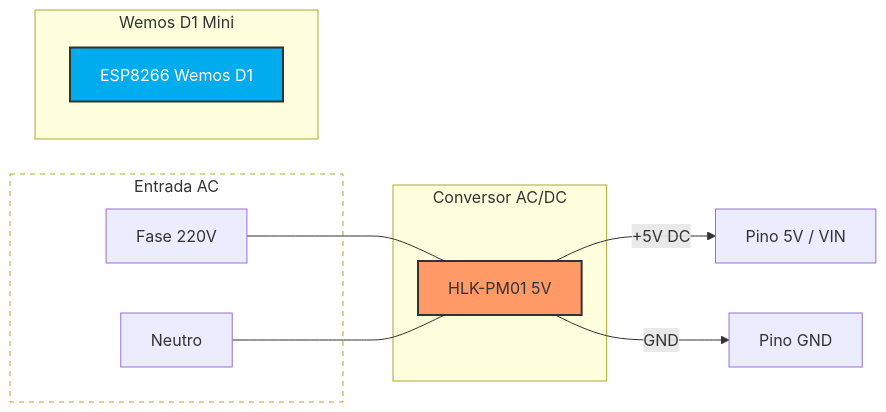
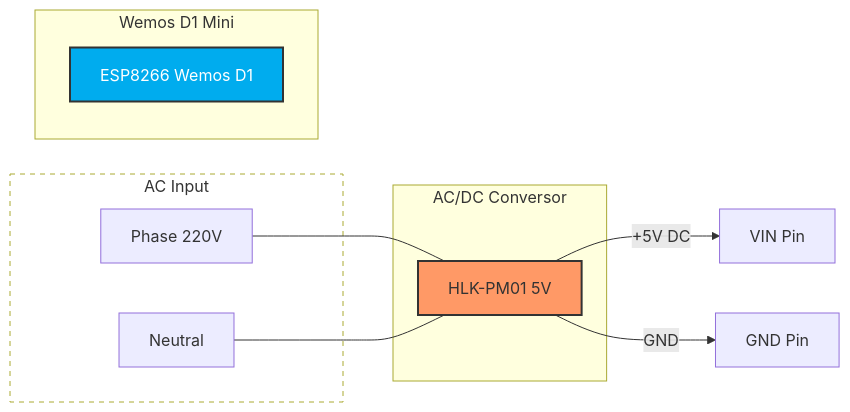
Before and after one commit to jmgk77/MQTT-Pocket-Broker: the diagram in README.md, drawn with Mermaid.

Commit message:
Update wiring diagram terminology in README

````diff
--- a/README.md
+++ b/README.md
@@ -36,28 +36,28 @@
 ```mermaid
 graph LR
-    subgraph Rede_Eletrica [Entrada AC]
-        AC1[Fase 220V]
-        AC2[Neutro]
+    subgraph Rede_Eletrica [AC Input]
+        AC1[Phase 220V]
+        AC2[Neutral]
     end
 
-    subgraph Fonte [Conversor AC/DC]
+    subgraph Fonte [AC/DC Conversor]
         HLK[HLK-PM01 5V]
     end
 
     subgraph Microcontrolador [Wemos D1 Mini]
         Wemos[ESP8266 Wemos D1]
     end
 
     %% Conexões AC
     AC1 --- HLK
     AC2 --- HLK
     
     %% Conexões DC
-    HLK -- "+5V DC" --> PIN_5V[Pino 5V / VIN]
-    HLK -- "GND" --> PIN_GND[Pino GND]
+    HLK -- "+5V DC" --> PIN_5V[VIN Pin]
+    HLK -- "GND" --> PIN_GND[GND Pin]
 
     %% Estilização
     style HLK fill:#f96,stroke:#333,stroke-width:2px
     style Wemos fill:#00acee,stroke:#333,color:#fff,stroke-width:2px
     style Rede_Eletrica fill:#fff,stroke-dasharray: 5 5
 ```
````
